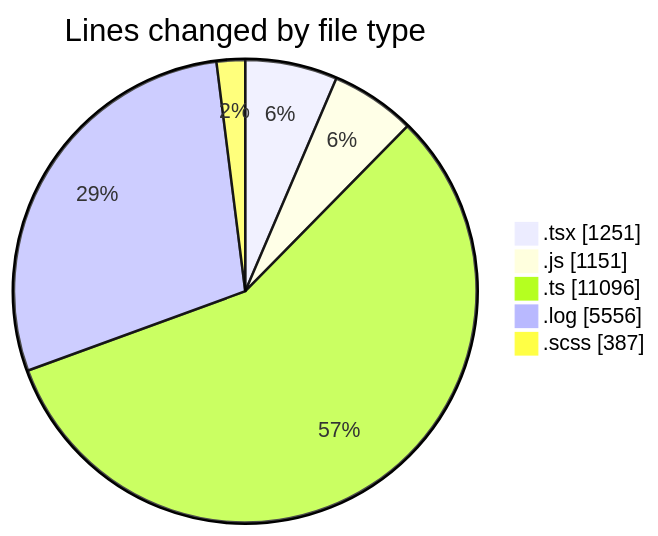
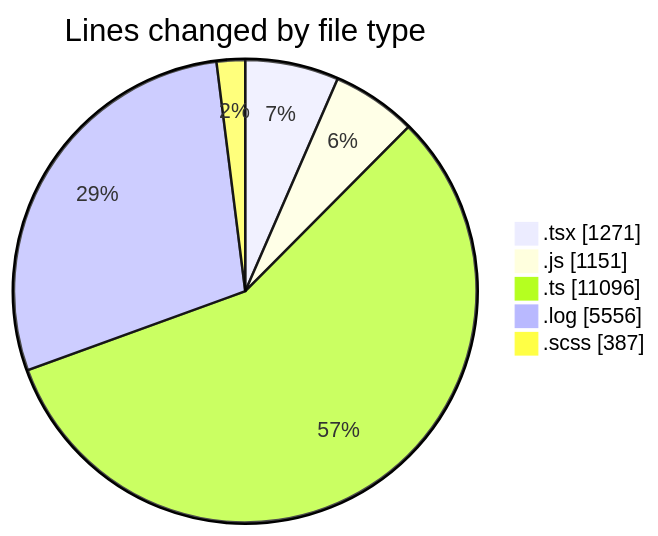
Before and after one commit to momahboobian/code-tracking: the first of 2 diagrams in 2026-04-09/cda/README.md, drawn with Mermaid. The commit also changed other lines of this file and 1 other file, not shown here.

````diff
--- a/2026-04-09/cda/README.md
+++ b/2026-04-09/cda/README.md
@@ -32,9 +32,9 @@
 ```mermaid
 pie showData
 title Lines changed by file type
-".tsx" : 1251
+".tsx" : 1271
 ".js" : 1151
 ".ts" : 11096
 ".log" : 5556
 ".scss" : 387
 ```
````
